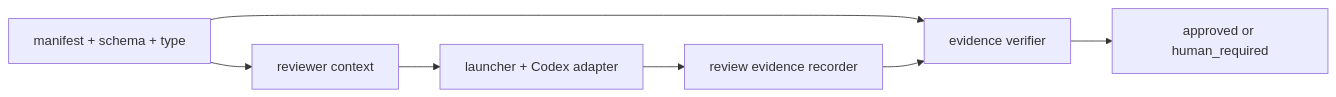
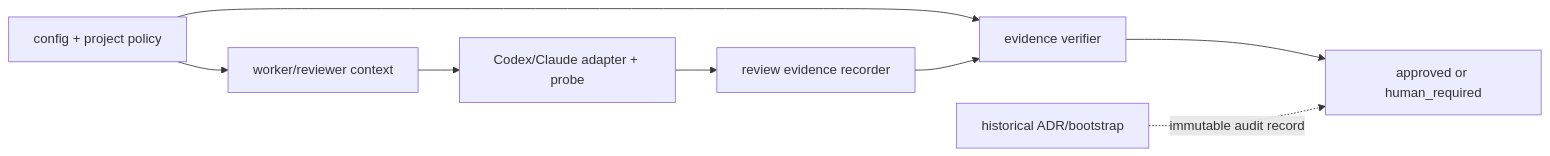
One commit to techbeansjp-free/AGENTS.md changed the diagram in DESIGN.md. Above: the diagram before and after it, drawn with Mermaid. The commit also changed other lines of this file and 2 other files, not shown here.

````diff
--- a/DESIGN.md
+++ b/DESIGN.md
@@ -32,9 +54,10 @@
 ```mermaid
 graph LR
-  P[manifest + schema + type] --> C[reviewer context]
-  C --> A[launcher + Codex adapter]
+  P[config + project policy] --> C[worker/reviewer context]
+  C --> A[Codex/Claude adapter + probe]
   A --> R[review evidence recorder]
   P --> V[evidence verifier]
   R --> V
   V --> O[approved or human_required]
+  H[historical ADR/bootstrap] -. immutable audit record .-> O
 ```
````
